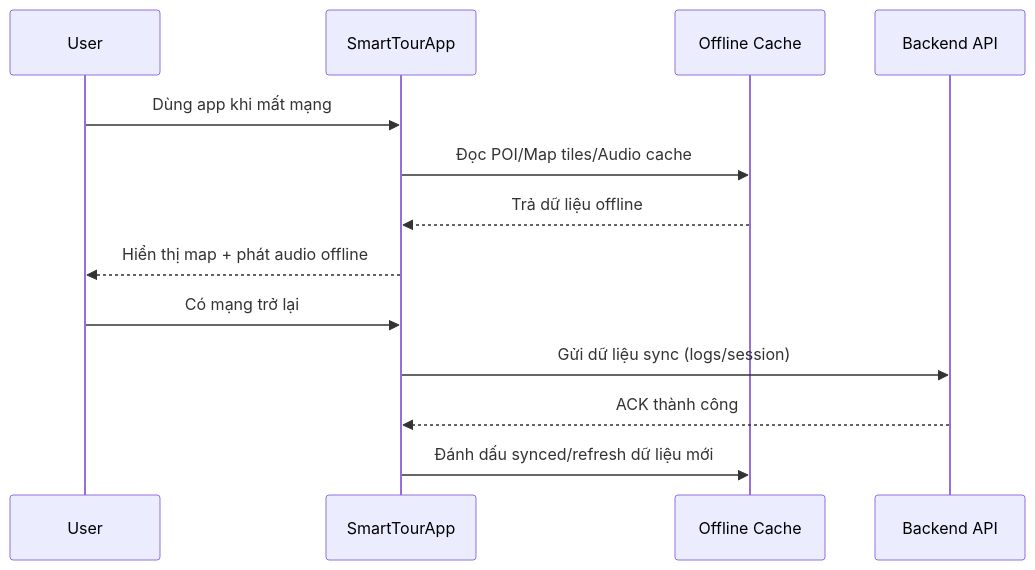
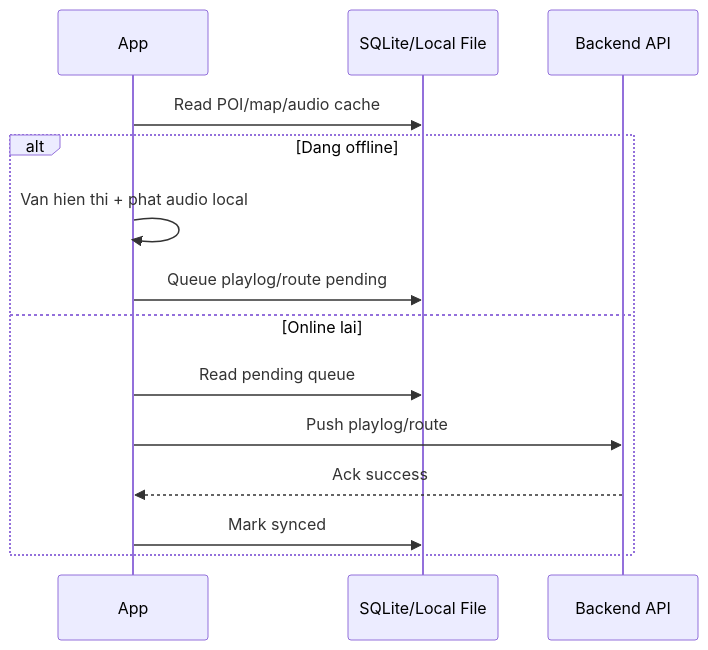
Before and after one commit to EricHoang28092k5/SmartTour: the sixth of 9 diagrams in PRD_SmartTour.md, drawn with Mermaid. The commit also changed other lines of this file, not shown here.

````diff
--- a/PRD_SmartTour.md
+++ b/PRD_SmartTour.md
@@ -948,17 +255,17 @@
 ```mermaid
 sequenceDiagram
-    participant U as User
-    participant APP as SmartTourApp
-    participant CACHE as Offline Cache
+    participant APP as App
+    participant CACHE as SQLite/Local File
     participant API as Backend API
 
-    U->>APP: Dùng app khi mất mạng
-    APP->>CACHE: Đọc POI/Map tiles/Audio cache
-    CACHE-->>APP: Trả dữ liệu offline
-    APP-->>U: Hiển thị map + phát audio offline
-
-    U->>APP: Có mạng trở lại
-    APP->>API: Gửi dữ liệu sync (logs/session)
-    API-->>APP: ACK thành công
-    APP->>CACHE: Đánh dấu synced/refresh dữ liệu mới
+    APP->>CACHE: Read POI/map/audio cache
+    alt Dang offline
+        APP->>APP: Van hien thi + phat audio local
+        APP->>CACHE: Queue playlog/route pending
+    else Online lai
+        APP->>CACHE: Read pending queue
+        APP->>API: Push playlog/route
+        API-->>APP: Ack success
+        APP->>CACHE: Mark synced
+    end
 ```
````
